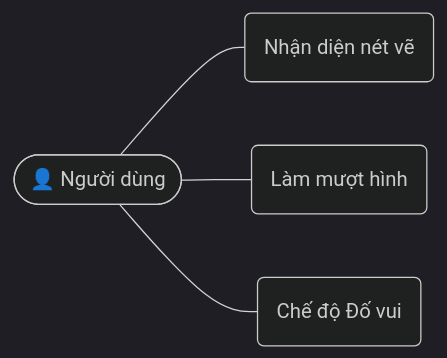
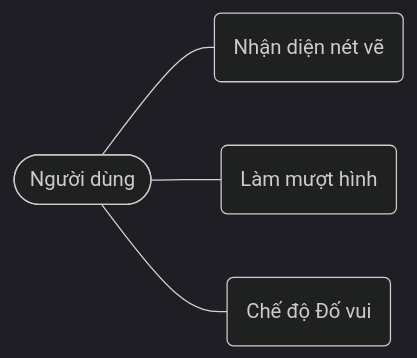
Before and after one commit to DevOpsLogistics/Final_ShapeVision: the third of 4 diagrams in README.md, drawn with Mermaid (dark theme). The commit also changed other lines of this file, not shown here.

````diff
--- a/README.md
+++ b/README.md
@@ -111,6 +111,6 @@
 ```mermaid
 flowchart LR
-    User([👤 Người dùng]) --- UC1(Nhận diện nét vẽ)
+    User([ Người dùng]) --- UC1(Nhận diện nét vẽ)
     User --- UC2(Làm mượt hình)
     User --- UC3(Chế độ Đố vui)
 ```
````
